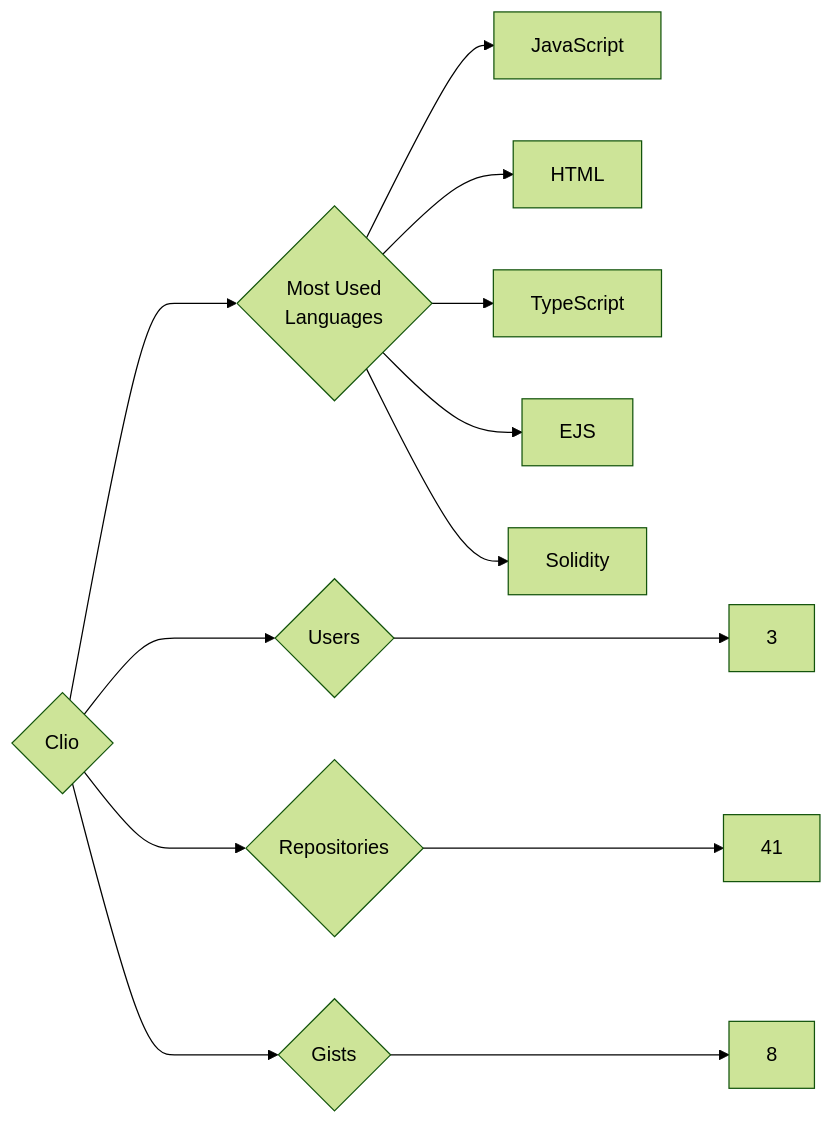
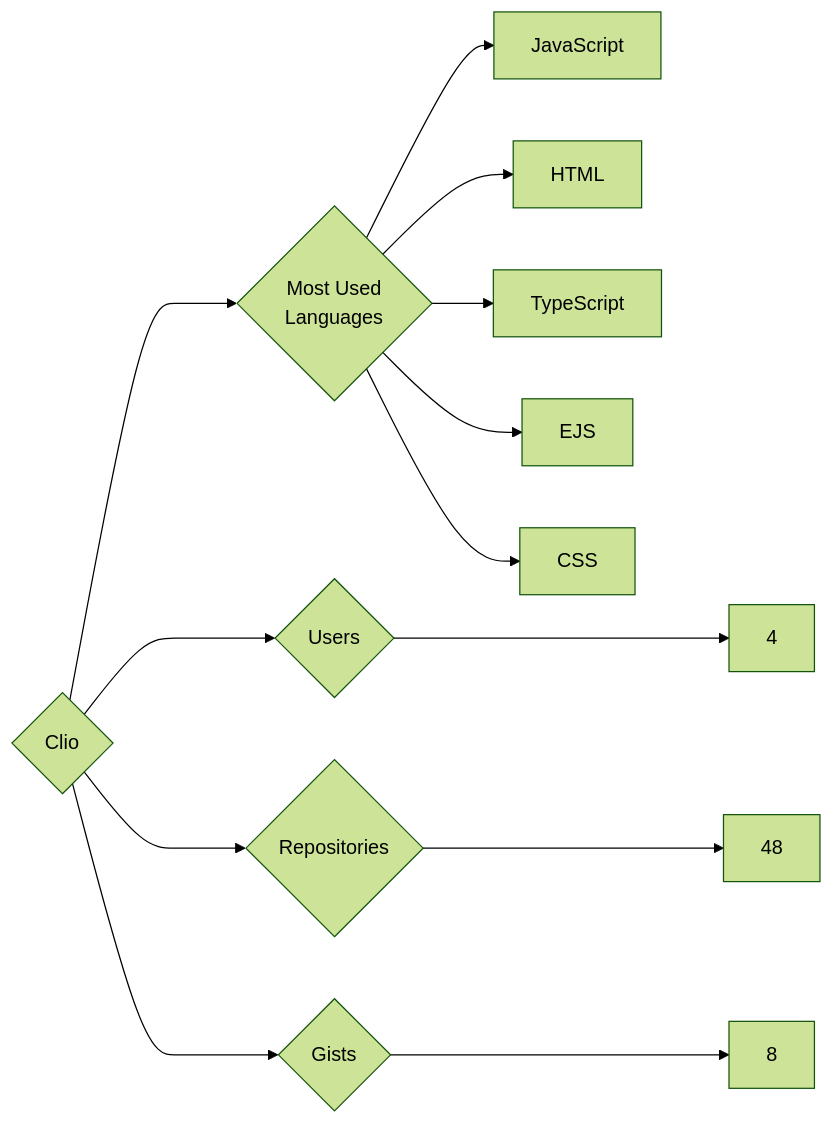
Before and after one commit to trickest/insiders: the diagram in targets/Clio/README.md, drawn with Mermaid (forest theme). The commit also changed 1078 other files, not shown here.

````diff
--- a/targets/Clio/README.md
+++ b/targets/Clio/README.md
@@ -3,13 +3,13 @@
 ```mermaid
 graph LR
 COMPANY_NAME{Clio}
-COMPANY_NAME ---> U{Users} ---> UN[3]
-COMPANY_NAME ---> R{Repositories} ---> RN[41]
+COMPANY_NAME ---> U{Users} ---> UN[4]
+COMPANY_NAME ---> R{Repositories} ---> RN[48]
 COMPANY_NAME ---> G{Gists} ---> GN[8]
 COMPANY_NAME ---> ML{Most Used<br>Languages}
 ML --> JavaScript[JavaScript]
 ML --> HTML[HTML]
 ML --> TypeScript[TypeScript]
 ML --> EJS[EJS]
-ML --> Solidity[Solidity]
+ML --> CSS[CSS]
 ```
````
